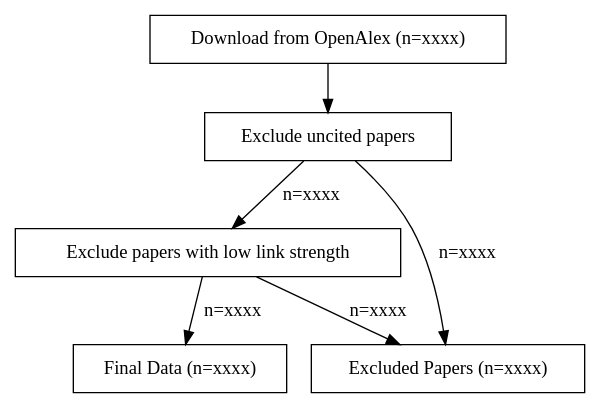
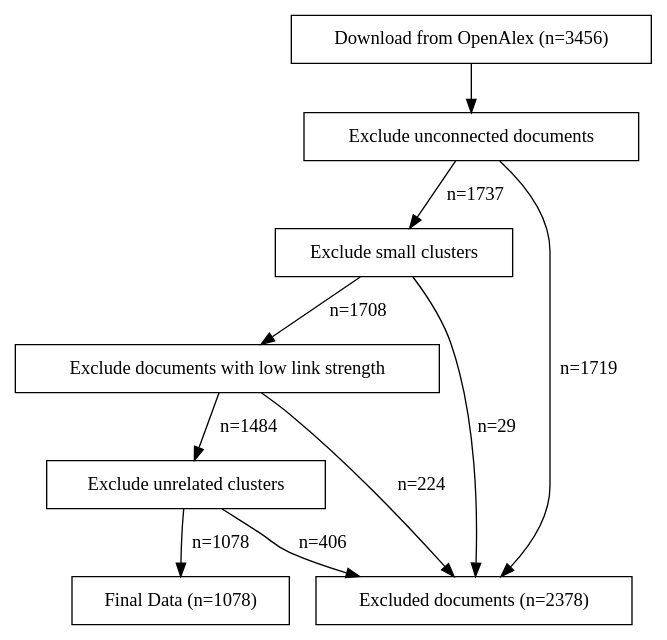
The diagram in docs/flowchart.dot (florianjehn/bibliometrics), drawn with Graphviz before and after one commit. The commit also changed 47 other files, not shown here.

```diff
--- a/docs/flowchart.dot
+++ b/docs/flowchart.dot
@@ -1,20 +1,26 @@
 digraph G {
     node [shape=box];
 
-    load_data [label="Download from OpenAlex (n=xxxx)"];
-    filter_cited_papers [label="Exclude uncited papers"];
-    filter_top_1000 [label="Exclude papers with low link strength"];
-    excluded_papers [label="Excluded Papers (n=xxxx)"];
-    final_data [label="Final Data (n=xxxx)"];
+    load_data [label="Download from OpenAlex (n=3456)"];
+    filter_unconnected_documents [label="Exclude unconnected documents"];
+    filter_clusters [label="Exclude small clusters"];
+    filter_low_links [label="Exclude documents with low link strength"];
+    filter_unrelated_clusters [label="Exclude unrelated clusters"];
+    excluded_documents [label="Excluded documents (n=2378)"];
+    final_data [label="Final Data (n=1078)"];
 
 
-    load_data -> filter_cited_papers;
-    filter_cited_papers -> filter_top_1000 [label="n=xxxx"];
-    filter_cited_papers -> excluded_papers [label="n=xxxx"];
-    filter_top_1000 -> final_data [label="n=xxxx"];
-    filter_top_1000 -> excluded_papers [label="n=xxxx"];
+    load_data -> filter_unconnected_documents;
+    filter_unconnected_documents -> filter_clusters [label="n=1737"];
+    filter_unconnected_documents -> excluded_documents [label="n=1719"];
+    filter_clusters -> filter_low_links [label="n=1708"];
+    filter_low_links -> excluded_documents [label="n=224"];
+    filter_unrelated_clusters -> final_data [label="n=1078"];
+    filter_low_links -> filter_unrelated_clusters [label="n=1484"];
+    filter_unrelated_clusters -> excluded_documents [label="n=406"];
+    filter_clusters -> excluded_documents [label="n=29"];
 
 
 
     
 }
```
